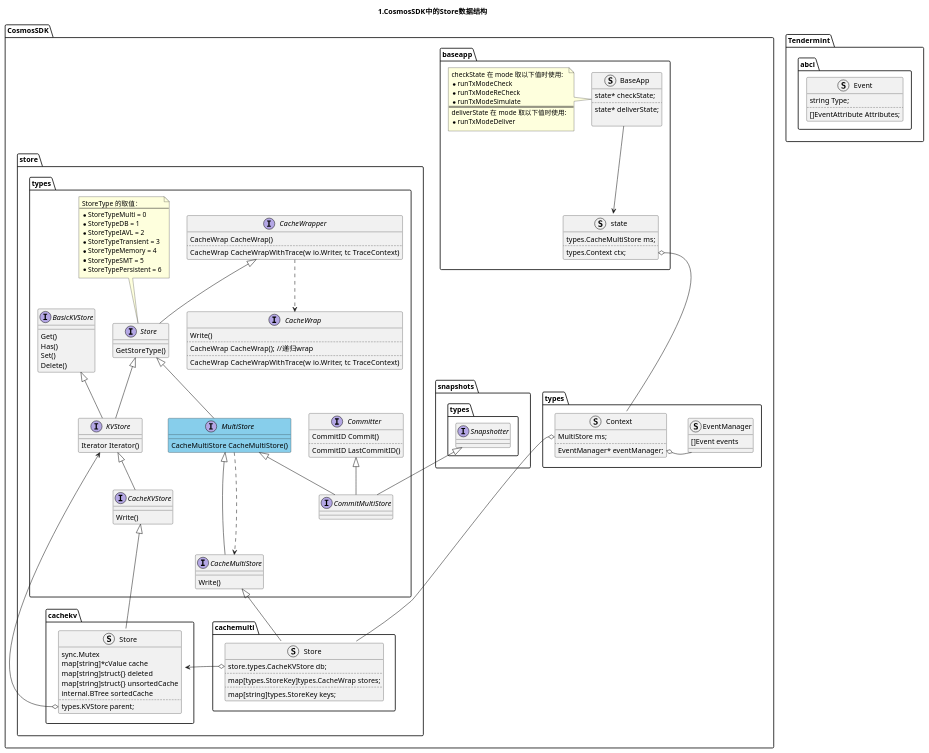
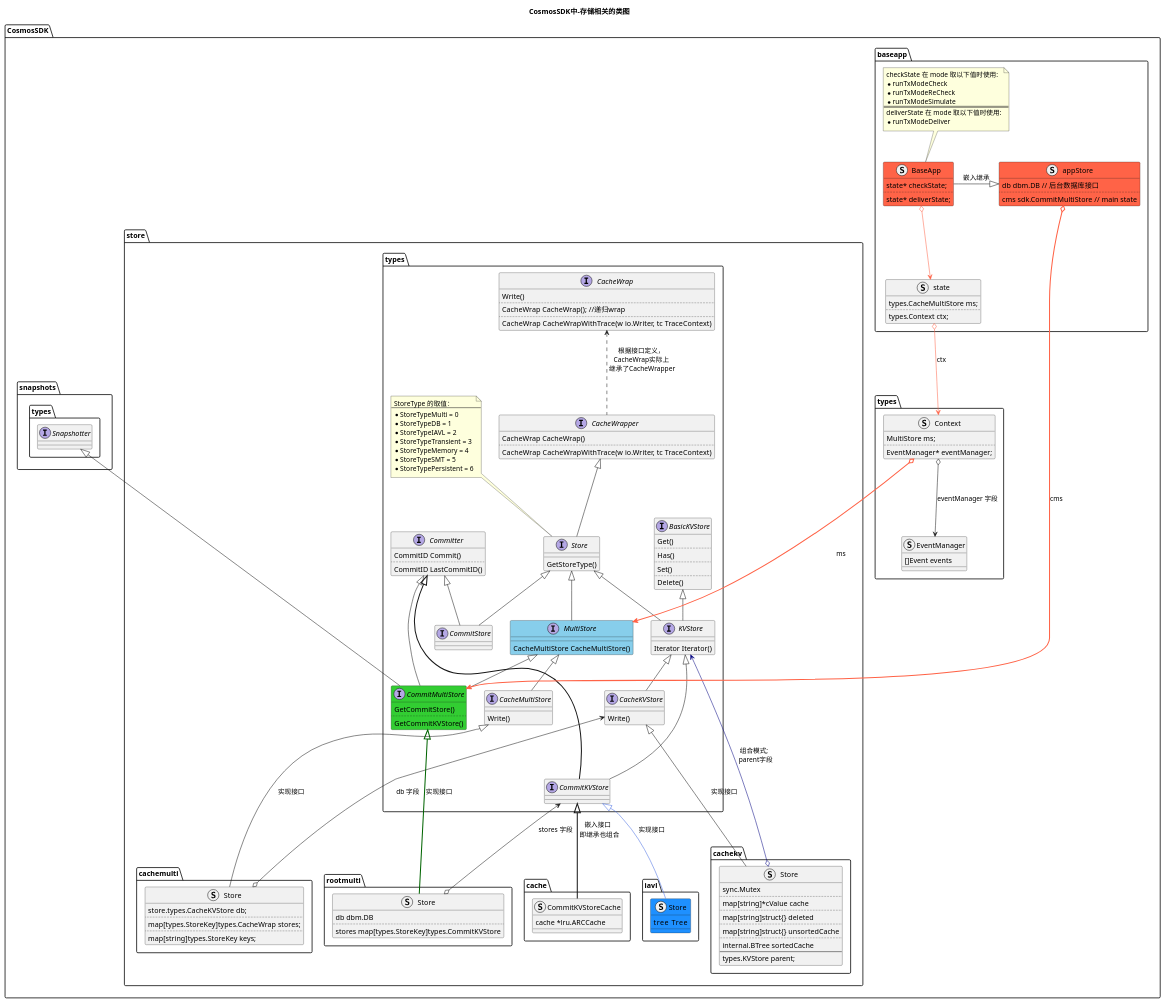
The first of 3 diagrams in plantumls/020.cosmos层的数据存储.puml (wanggeng01041454/EthermintStudyNote), drawn with PlantUML before and after one commit. The commit also changed other lines of this file and 9 other files, not shown here.

```diff
--- a/plantumls/020.cosmos层的数据存储.puml
+++ b/plantumls/020.cosmos层的数据存储.puml
@@ -1,27 +1,21 @@
-@startuml 1.CosmosSDK中的Store数据结构
+@startuml 1.CosmosSDK中-存储相关的类图
     title
-        1.CosmosSDK中的Store数据结构
+        CosmosSDK中-存储相关的类图
     end title
-
-    namespace Tendermint {
-        namespace abci {
-            struct Event {
-                string Type;
-                ....
-                []EventAttribute Attributes;
-            }
-        }
-    }
 
     namespace CosmosSDK {
         namespace baseapp {
-            struct BaseApp {
+            struct appStore #Tomato {
+                db dbm.DB // 后台数据库接口
+                ....
+                cms sdk.CommitMultiStore // main state
+            }
+            struct BaseApp #Tomato {
                 state* checkState;
                 ....
                 state* deliverState;
-
             }
-            note left of BaseApp 
+            note top of BaseApp 
                 checkState 在 mode 取以下值时使用:
                 * runTxModeCheck
                 * runTxModeReCheck
@@ -30,6 +24,7 @@
                 deliverState 在 mode 取以下值时使用:
                 * runTxModeDeliver
             end note 
+            appStore <|- BaseApp : 嵌入继承
 
             struct state {
                 types.CacheMultiStore ms;
@@ -37,8 +32,9 @@
                 types.Context ctx;
             }
 
-            BaseApp --> state
-        }
+            BaseApp o-[#Tomato]-> state
+        } 
+        'end baseapp
 
 
         namespace types {
@@ -51,8 +47,9 @@
             struct EventManager {
                 []Event events
             }
-            Context::eventManager o- EventManager
+            Context o--> EventManager : eventManager 字段
         }
+        'end types
 
         namespace snapshots.types {
             interface Snapshotter
@@ -61,6 +58,7 @@
         namespace store {
 
             namespace types {
+
                 interface CacheWrap {
                     Write()
                     ....
@@ -74,8 +72,10 @@
                     ....
                     CacheWrap CacheWrapWithTrace(w io.Writer, tc TraceContext)
                 }
-                CacheWrapper ..> CacheWrap
+                CacheWrapper .up.> CacheWrap : 根据接口定义，\n CacheWrap实际上 \n 继承了CacheWrapper
 
+
+                ' "第一级基础接口"
                 note as StoreType 
                     StoreType 的取值：
                     ----
@@ -95,34 +95,25 @@
 
                 interface BasicKVStore {
                     Get()
+                    ....
                     Has()
+                    ....
                     Set()
+                    ....
                     Delete()
                 }
-
-
-                interface MultiStore #SkyBlue {
-                    CacheMultiStore CacheMultiStore()
-                }
-                Store <|-- MultiStore
-
-                interface CacheMultiStore {
-                    Write()
-                }
-                MultiStore <|-- CacheMultiStore
-                MultiStore ...> CacheMultiStore
-
-
                 interface Committer {
                     CommitID Commit()
                     ....
                     CommitID LastCommitID()
                 }
-                interface CommitMultiStore {
+                ' end 第一级基础接口
 
+                ' 第二级基础接口
+                interface MultiStore #SkyBlue {
+                    CacheMultiStore CacheMultiStore()
                 }
-                MultiStore <|-- CommitMultiStore
-                Committer <|-- CommitMultiStore
+                Store <|-- MultiStore
 
                 interface KVStore {
                     Iterator Iterator()
@@ -130,26 +121,58 @@
                 Store <|-- KVStore
                 BasicKVStore <|-- KVStore
 
+                interface CommitStore
+                Committer <|-- CommitStore
+                Store <|-- CommitStore
+                ' end 第二级基础接口
+
+
+                interface CacheMultiStore {
+                    Write()
+                }
+                MultiStore <|-- CacheMultiStore
+
+
+
+                interface CommitMultiStore #LimeGreen {
+                    GetCommitStore()
+                    ....
+                    GetCommitKVStore()
+                }
+                MultiStore <|-- CommitMultiStore
+                Committer <|--- CommitMultiStore
+
+
+
                 interface CacheKVStore {
                     Write()
                 }
                 KVStore <|-- CacheKVStore
+
+                interface CommitKVStore {
+                }
+                KVStore <|--- CommitKVStore
+                Committer <|---[thickness=2]- CommitKVStore
             }
 
             namespace cachekv {
                 struct Store {
                     sync.Mutex
+                    ....
                     map[string]*cValue cache
+                    ....
                     map[string]struct{} deleted
+                    ....
                     map[string]struct{} unsortedCache
+                    ....
                     internal.BTree sortedCache
-                    ....
+                    ----
                     types.KVStore parent;
                 }
 
             }
-            types.CacheKVStore <|--- cachekv.Store
-            cachekv.Store::parent o----> types.KVStore
+            types.CacheKVStore <|--- cachekv.Store : 实现接口
+            cachekv.Store o--[#Navy,thickness=1]--> types.KVStore : 组合模式; \n parent字段
 
             namespace cachemulti {
                 struct Store {
@@ -160,12 +183,40 @@
                     map[string]types.StoreKey keys;
                 }
             }
-            types.CacheMultiStore <|-- cachemulti.Store
-            cachemulti.Store::db o---> cachekv.Store
+            types.CacheMultiStore <|--- cachemulti.Store : 实现接口
+            cachemulti.Store o---> types.CacheKVStore : db 字段
+
+
+            namespace rootmulti {
+                struct Store {
+                    db dbm.DB
+                    ....
+                    stores map[types.StoreKey]types.CommitKVStore
+                }
+            }
+            types.CommitMultiStore <|-[#DarkGreen,thickness=2]-- rootmulti.Store : 实现接口
+            rootmulti.Store o---> types.CommitKVStore : stores 字段
+
+            namespace cache {
+                struct CommitKVStoreCache {
+                    cache *lru.ARCCache
+                }
+            }
+            types.CommitKVStore <|-- cache.CommitKVStoreCache #line.bold : 嵌入接口 \n 即继承也组合
+
+            namespace iavl {
+                struct Store #DodgerBlue {
+                    tree   Tree
+                }
+            }
+            types.CommitKVStore <|-- iavl.Store #line:RoyalBlue : 实现接口
         }
-        snapshots.types.Snapshotter <|-- store.types.CommitMultiStore
-        baseapp.state::ctx o--- types.Context
-        types.Context::ms o---- store.cachemulti.Store
+        'end store
+
+        snapshots.types.Snapshotter <|---- store.types.CommitMultiStore
+        baseapp.state o-[#Tomato]-> types.Context : ctx
+        baseapp.appStore o--[#Tomato,thickness=2]-> store.types.CommitMultiStore : cms
+        types.Context o--[#Tomato,thickness=2]-> store.types.MultiStore : ms
 
     }
 
```
